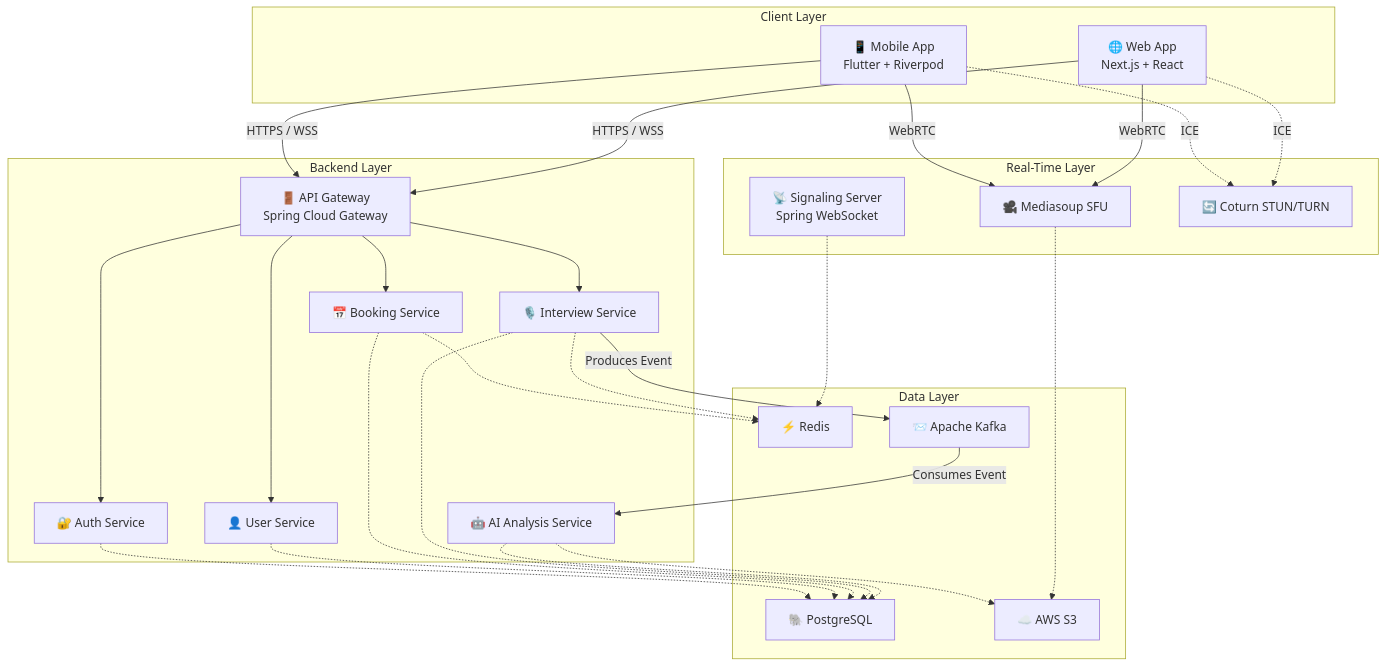
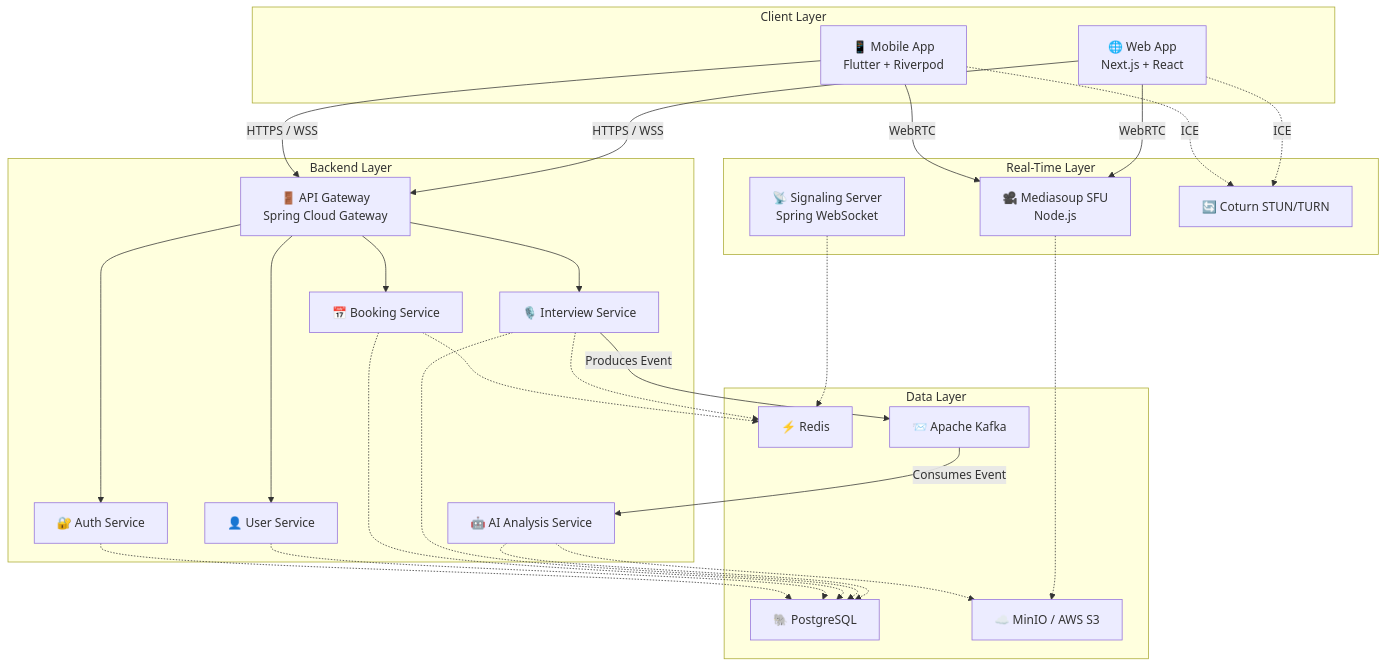
The first of 3 diagrams in docs/system-architecture.md (Ulwus/Internview), drawn with Mermaid before and after one commit. The commit also changed other lines of this file and 2 other files, not shown here.

Commit message:
Rename MediaServer to MediaService, add Node.js
Update docs to reflect MediaServer -> MediaService terminology and add implementation/runtime details. Changes include:

- docs/roadmap.md: renamed 'Media Server' to 'Media Service', marked Mediasoup (SFU) Node.js server and related week-10 tasks as completed, and added MinIO/AWS S3 upload pipeline.
- docs/system-architecture.md: replaced MediaServer nodes/links with MediaService, annotated Mediasoup as Node.js, and updated storage to 'MinIO / AWS S3'. Also updated Real-Time and Data layer tech lists to include Node.js and MinIO.
- docs/tech-stack.md: added Node.js to the Real-Time Video entry, added MinIO to Infrastructure and S3 references, and noted MinIO use for local development.

These edits clarify that Mediasoup runs on Node.js, align naming across docs, and introduce MinIO for local S3-compatible storage and upload pipelines.

````diff
--- a/docs/system-architecture.md
+++ b/docs/system-architecture.md
@@ -32,58 +32,58 @@
 ```mermaid
 graph TD
     subgraph "Client Layer"
         MobileApp["📱 Mobile App<br/>Flutter + Riverpod"]
         WebApp["🌐 Web App<br/>Next.js + React"]
     end
 
     subgraph "Backend Layer"
         Gateway["🚪 API Gateway<br/>Spring Cloud Gateway"]
         AuthService["🔐 Auth Service"]
         UserService["👤 User Service"]
         BookingService["📅 Booking Service"]
         InterviewService["🎙️ Interview Service"]
         AIService["🤖 AI Analysis Service"]
     end
 
     subgraph "Real-Time Layer"
         SignalingServer["📡 Signaling Server<br/>Spring WebSocket"]
-        MediaServer["🎥 Mediasoup SFU"]
+        MediaService["🎥 Mediasoup SFU<br/>Node.js"]
         TurnServer["🔄 Coturn STUN/TURN"]
     end
 
     subgraph "Data Layer"
         PostgreSQL["🐘 PostgreSQL"]
         Redis["⚡ Redis"]
         Kafka["📨 Apache Kafka"]
-        S3["☁️ AWS S3"]
+        S3["☁️ MinIO / AWS S3"]
     end
 
     MobileApp -->|HTTPS / WSS| Gateway
     WebApp -->|HTTPS / WSS| Gateway
 
     Gateway --> AuthService
     Gateway --> UserService
     Gateway --> BookingService
     Gateway --> InterviewService
 
     InterviewService -->|Produces Event| Kafka
     Kafka -->|Consumes Event| AIService
 
     AuthService -.-> PostgreSQL
     UserService -.-> PostgreSQL
     BookingService -.-> PostgreSQL
     InterviewService -.-> PostgreSQL
     AIService -.-> PostgreSQL
 
     BookingService -.-> Redis
     InterviewService -.-> Redis
     SignalingServer -.-> Redis
 
-    MobileApp -->|WebRTC| MediaServer
-    WebApp -->|WebRTC| MediaServer
+    MobileApp -->|WebRTC| MediaService
+    WebApp -->|WebRTC| MediaService
     MobileApp -.->|ICE| TurnServer
     WebApp -.->|ICE| TurnServer
 
     AIService -.-> S3
-    MediaServer -.-> S3
+    MediaService -.-> S3
 ```
````
